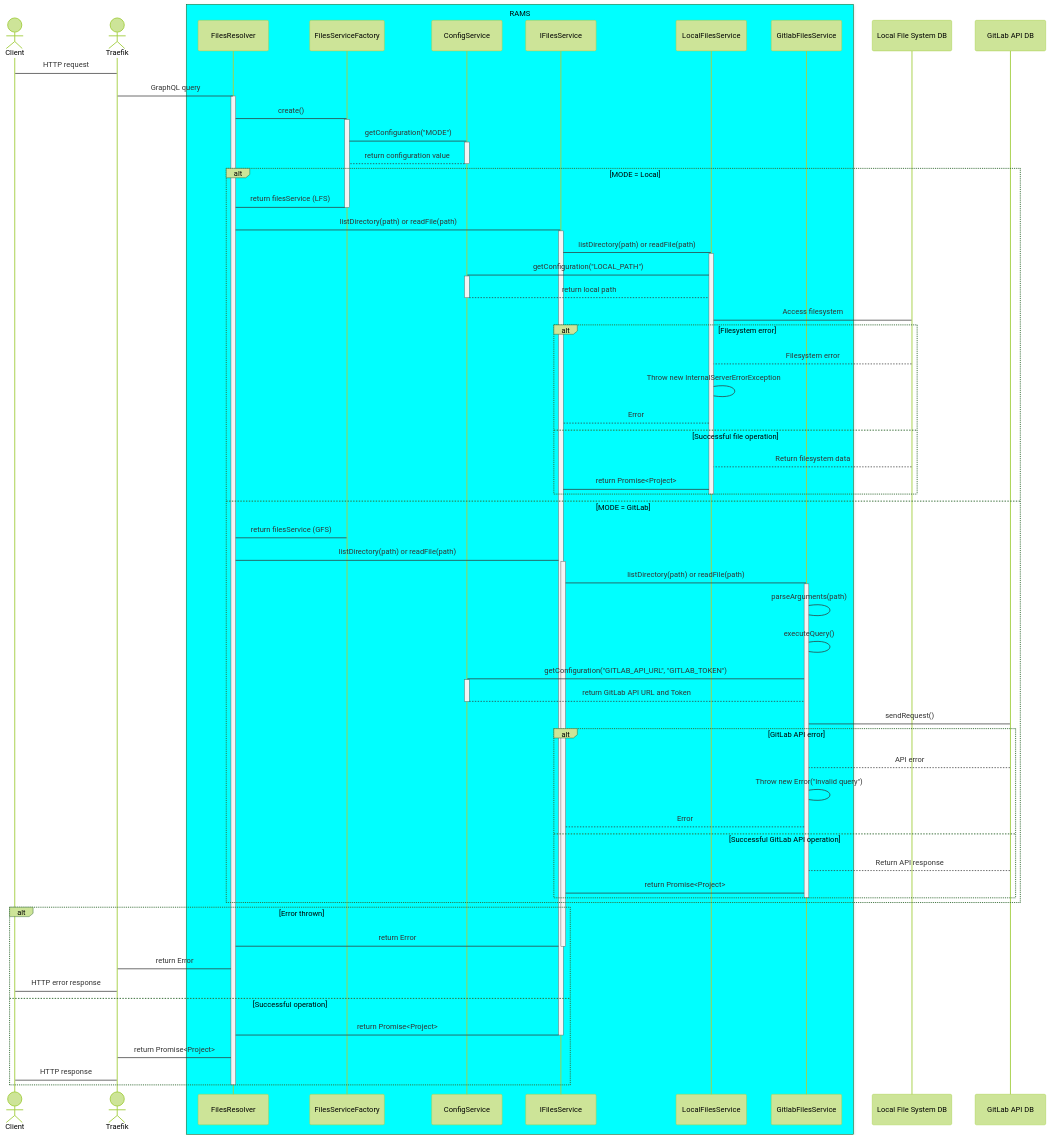
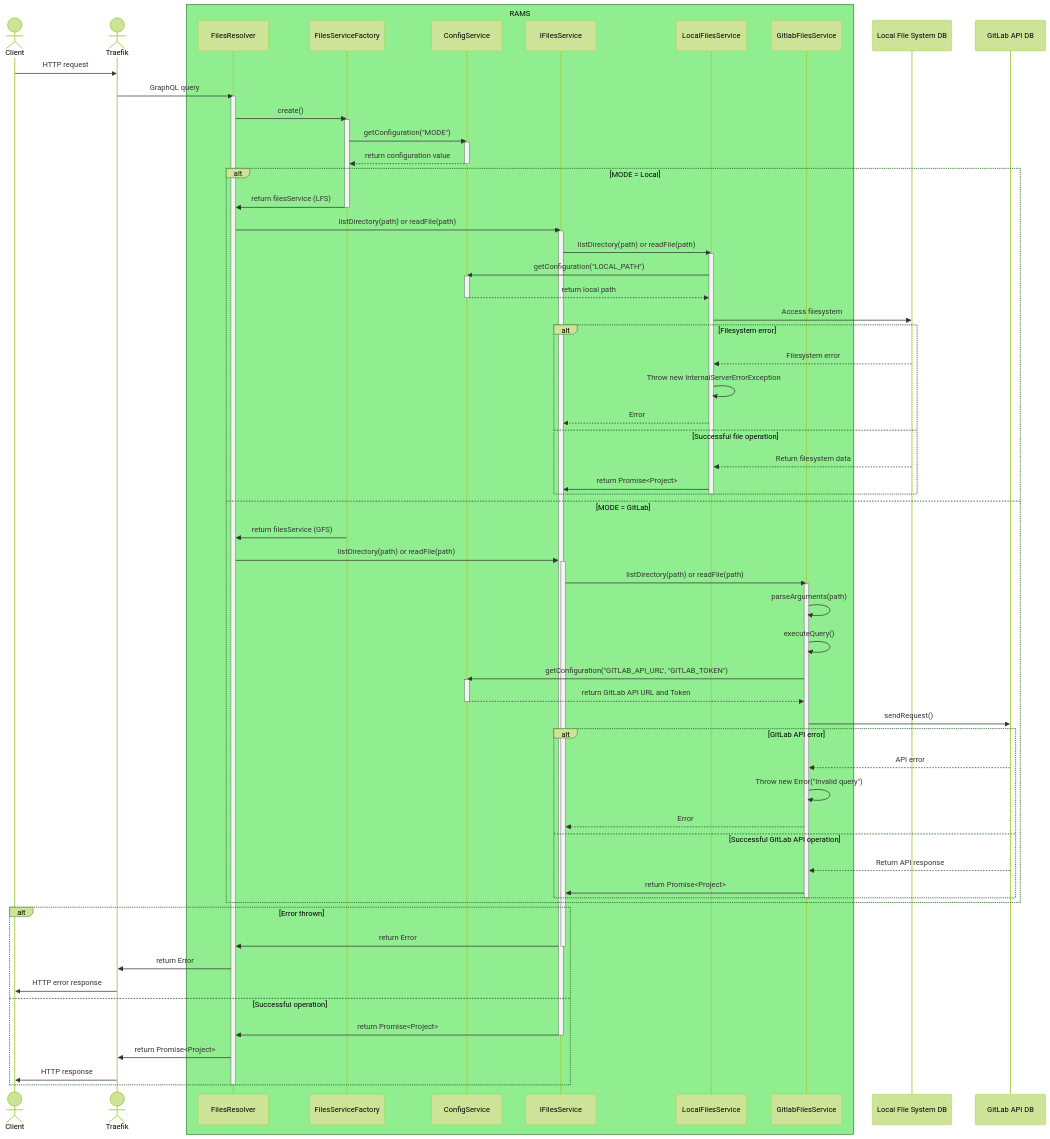
The diagram in docs/developer/servers/lib/lib-sequence.mmd (INTO-CPS-Association/DTaaS), drawn with Mermaid (forest theme) before and after one commit. The commit also changed 6 other files, not shown here.

Commit message:
PR Review changes, Mermaid Config in MkDocs

```diff
--- a/docs/developer/servers/lib/lib-sequence.mmd
+++ b/docs/developer/servers/lib/lib-sequence.mmd
@@ -1,99 +1,99 @@
 sequenceDiagram
     actor Client
     actor Traefik
     
-    box Aqua RAMS
+    box LightGreen RAMS
     participant FR as FilesResolver
     participant FSF as FilesServiceFactory
     participant CS as ConfigService 
     participant IFS as IFilesService
     participant LFS as LocalFilesService
     participant GFS as GitlabFilesService
     end
 
     participant FS as Local File System DB
     participant GAPI as GitLab API DB
 
-    Client -> Traefik : HTTP request
-    Traefik -> FR : GraphQL query
+    Client ->> Traefik : HTTP request
+    Traefik ->> FR : GraphQL query
     activate FR
 
-    FR -> FSF : create()
+    FR ->> FSF : create()
     activate FSF
 
-    FSF -> CS : getConfiguration("MODE")
+    FSF ->> CS : getConfiguration("MODE")
     activate CS
 
-    CS --> FSF : return configuration value
+    CS -->> FSF : return configuration value
     deactivate CS
 
     alt MODE = Local
-    FSF -> FR : return filesService (LFS)
+    FSF ->> FR : return filesService (LFS)
     deactivate FSF
 
-    FR -> IFS : listDirectory(path) or readFile(path)
+    FR ->> IFS : listDirectory(path) or readFile(path)
     activate IFS
 
-    IFS -> LFS : listDirectory(path) or readFile(path)
+    IFS ->> LFS : listDirectory(path) or readFile(path)
     activate LFS
 
-    LFS -> CS : getConfiguration("LOCAL_PATH")
+    LFS ->> CS : getConfiguration("LOCAL_PATH")
     activate CS
 
-    CS --> LFS : return local path
+    CS -->> LFS : return local path
     deactivate CS
 
-    LFS -> FS : Access filesystem
+    LFS ->> FS : Access filesystem
     alt Filesystem error
-        FS --> LFS : Filesystem error
-        LFS -> LFS : Throw new InternalServerErrorException
-        LFS --> IFS : Error
+        FS -->> LFS : Filesystem error
+        LFS ->> LFS : Throw new InternalServerErrorException
+        LFS -->> IFS : Error
     else Successful file operation
-        FS --> LFS : Return filesystem data
-        LFS -> IFS : return Promise<Project>
+        FS -->> LFS : Return filesystem data
+        LFS ->> IFS : return Promise<Project>
     end
     deactivate LFS
     else MODE = GitLab
-        FSF -> FR : return filesService (GFS)
+        FSF ->> FR : return filesService (GFS)
         %%deactivate FSF
 
-    FR -> IFS : listDirectory(path) or readFile(path)
+    FR ->> IFS : listDirectory(path) or readFile(path)
     activate IFS
 
-    IFS -> GFS : listDirectory(path) or readFile(path)
+    IFS ->> GFS : listDirectory(path) or readFile(path)
     activate GFS
 
-    GFS -> GFS : parseArguments(path)
-    GFS -> GFS : executeQuery()
+    GFS ->> GFS : parseArguments(path)
+    GFS ->> GFS : executeQuery()
 
-    GFS -> CS : getConfiguration("GITLAB_API_URL", "GITLAB_TOKEN")
+    GFS ->> CS : getConfiguration("GITLAB_API_URL", "GITLAB_TOKEN")
     activate CS
 
-    CS --> GFS : return GitLab API URL and Token
+    CS -->> GFS : return GitLab API URL and Token
     deactivate CS
 
-    GFS -> GAPI : sendRequest()
+    GFS ->> GAPI : sendRequest()
     alt GitLab API error
-        GAPI --> GFS : API error
-        GFS -> GFS : Throw new Error("Invalid query")
-        GFS --> IFS : Error
+        GAPI -->> GFS : API error
+        GFS ->> GFS : Throw new Error("Invalid query")
+        GFS -->> IFS : Error
     else Successful GitLab API operation
-        GAPI --> GFS : Return API response
-        GFS -> IFS : return Promise<Project>
+        GAPI -->> GFS : Return API response
+        GFS ->> IFS : return Promise<Project>
     end
     deactivate GFS
     end
 
     alt Error thrown
-    IFS -> FR : return Error
+    IFS ->> FR : return Error
     deactivate IFS
-    FR -> Traefik : return Error
-    Traefik -> Client : HTTP error response
+    FR ->> Traefik : return Error
+    Traefik ->> Client : HTTP error response
     else Successful operation
-    IFS -> FR : return Promise<Project>
+    IFS ->> FR : return Promise<Project>
     deactivate IFS
-    FR -> Traefik : return Promise<Project>
-    Traefik -> Client : HTTP response
+    FR ->> Traefik : return Promise<Project>
+    Traefik ->> Client : HTTP response
     end
 
     deactivate FR
```
